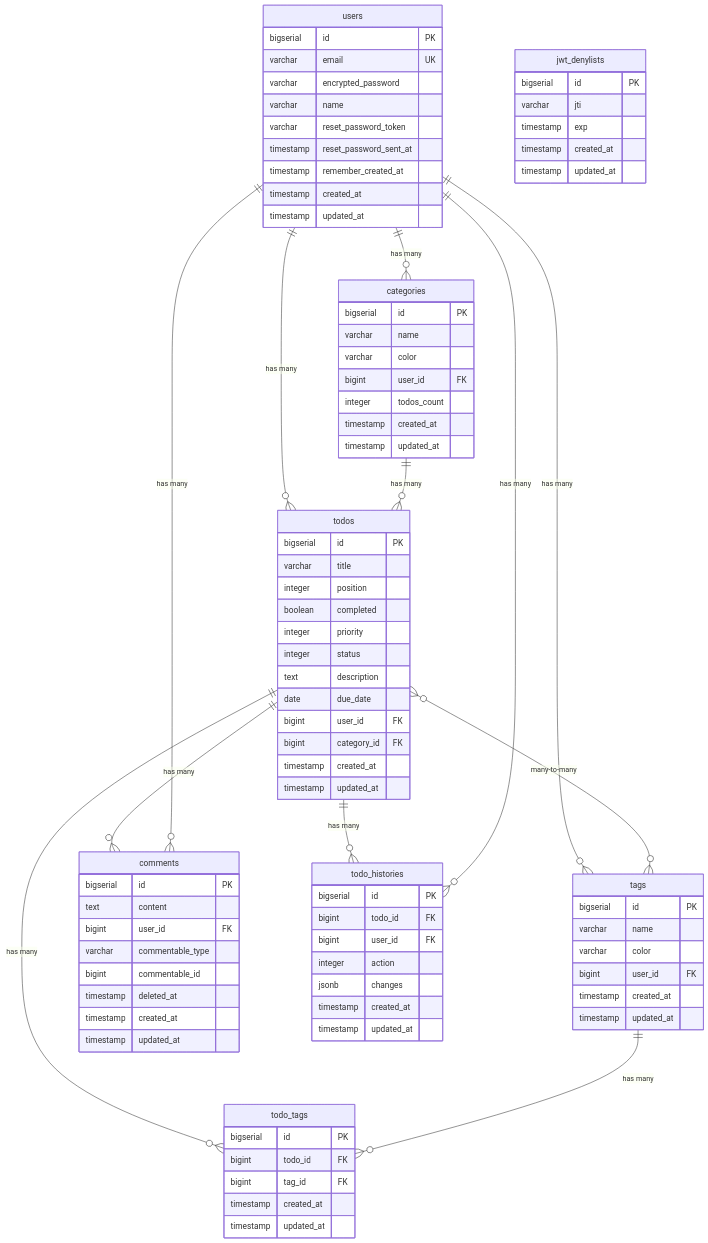
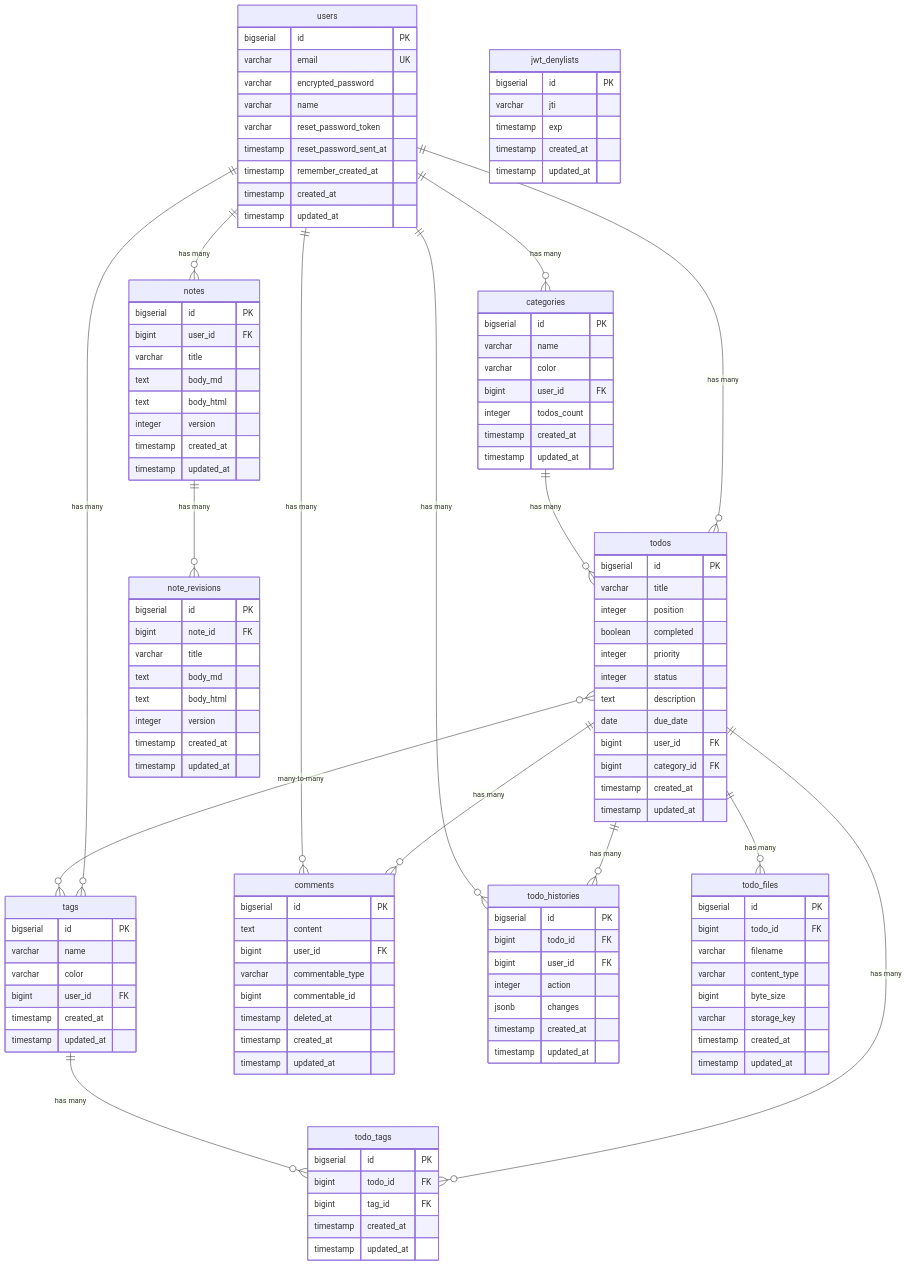
One commit to purupurupu/next-go changed the diagram in docs/architecture/database.md. Above: the diagram before and after it, drawn with Mermaid. The commit also changed other lines of this file and 7 other files, not shown here.

First line of the commit message:
docs(architecture): アーキテクチャドキュメントを最新化

````diff
--- a/docs/architecture/database.md
+++ b/docs/architecture/database.md
@@ -14,6 +14,7 @@
     users ||--o{ todos : "has many"
     users ||--o{ categories : "has many"
     users ||--o{ tags : "has many"
+    users ||--o{ notes : "has many"
     categories ||--o{ todos : "has many"
     todos }o--o{ tags : "many-to-many"
     todos ||--o{ todo_tags : "has many"
@@ -22,6 +23,8 @@
     users ||--o{ comments : "has many"
     todos ||--o{ todo_histories : "has many"
     users ||--o{ todo_histories : "has many"
+    todos ||--o{ todo_files : "has many"
+    notes ||--o{ note_revisions : "has many"
 
     users {
         bigserial id PK
@@ -105,4 +108,37 @@
         timestamp created_at
         timestamp updated_at
     }
+
+    todo_files {
+        bigserial id PK
+        bigint todo_id FK
+        varchar filename
+        varchar content_type
+        bigint byte_size
+        varchar storage_key
+        timestamp created_at
+        timestamp updated_at
+    }
+
+    notes {
+        bigserial id PK
+        bigint user_id FK
+        varchar title
+        text body_md
+        text body_html
+        integer version
+        timestamp created_at
+        timestamp updated_at
+    }
+
+    note_revisions {
+        bigserial id PK
+        bigint note_id FK
+        varchar title
+        text body_md
+        text body_html
+        integer version
+        timestamp created_at
+        timestamp updated_at
+    }
 ```
````
